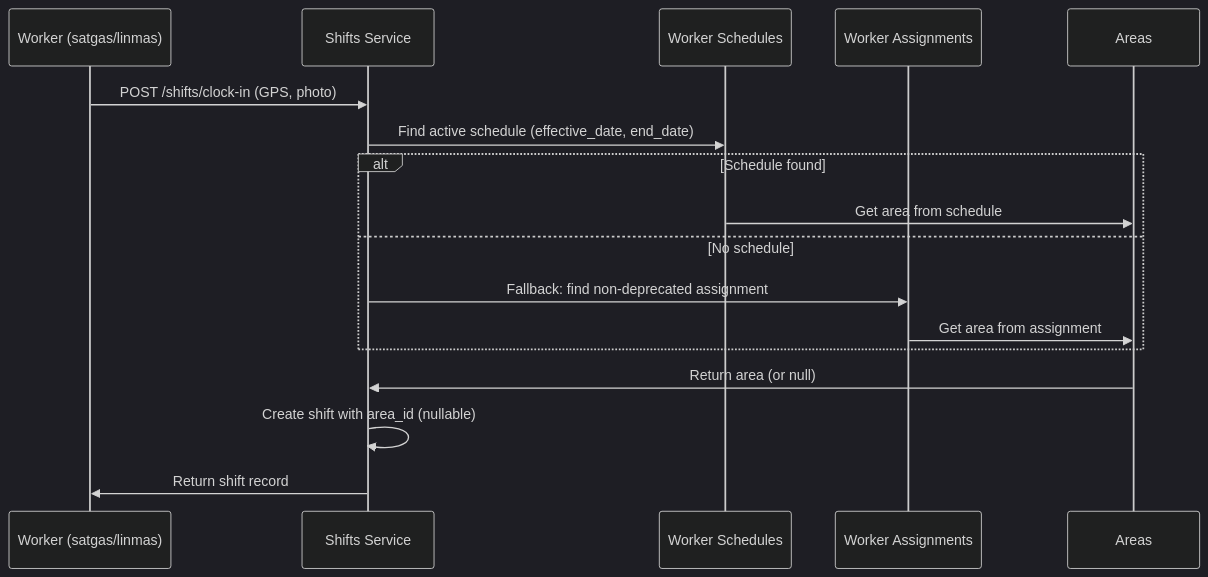
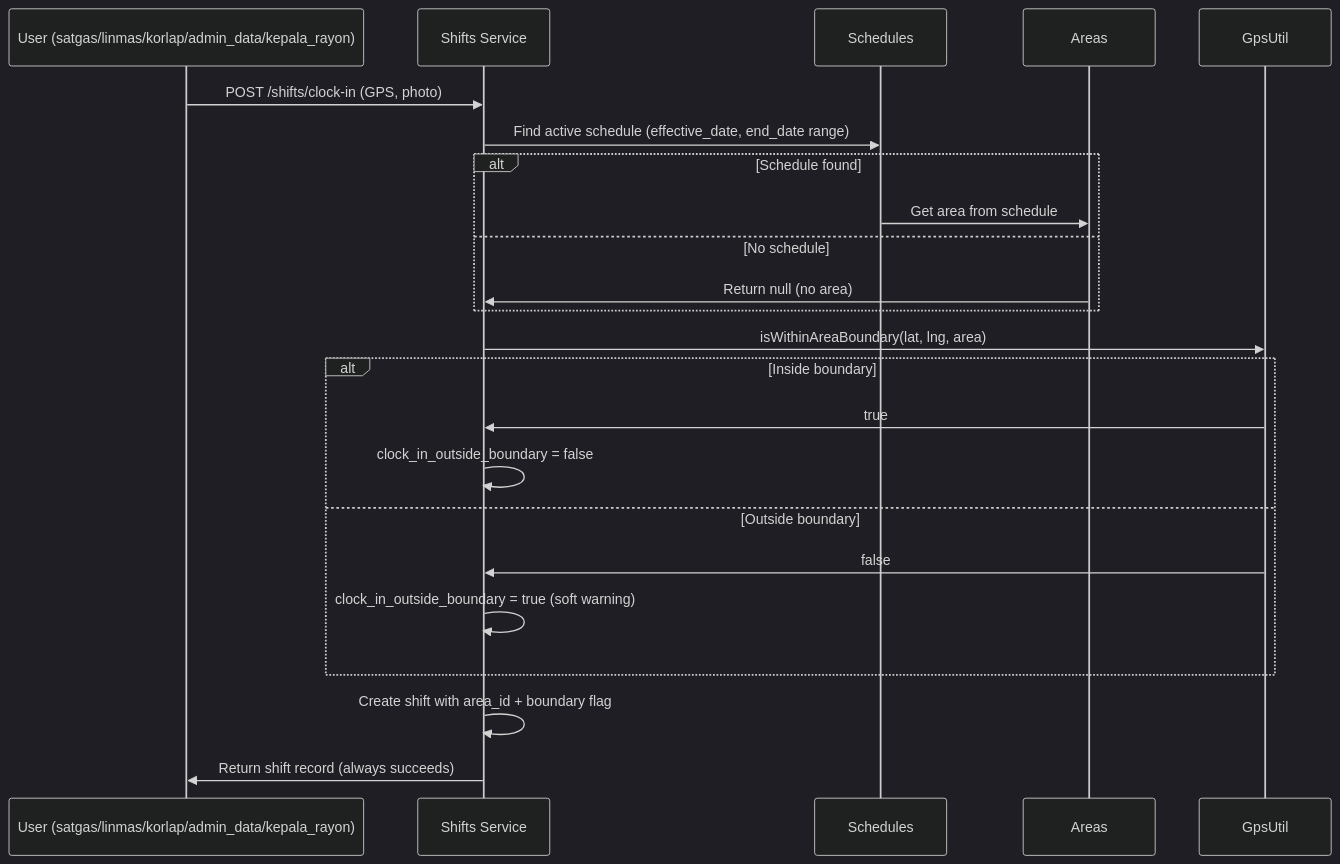
The seventh of 9 diagrams in specs/database/erd.md (dlhsby/sekar), drawn with Mermaid (dark theme) before and after one commit. The commit also changed other lines of this file and 417 other files, not shown here.

````diff
--- a/specs/database/erd.md
+++ b/specs/database/erd.md
@@ -534,20 +516,26 @@
 ```mermaid
 sequenceDiagram
-    participant W as Worker (satgas/linmas)
+    participant U as User (satgas/linmas/korlap/admin_data/kepala_rayon)
     participant S as Shifts Service
-    participant WS as Worker Schedules
-    participant WA as Worker Assignments
+    participant SC as Schedules
     participant A as Areas
+    participant G as GpsUtil
 
-    W->>S: POST /shifts/clock-in (GPS, photo)
-    S->>WS: Find active schedule (effective_date, end_date)
+    U->>S: POST /shifts/clock-in (GPS, photo)
+    S->>SC: Find active schedule (effective_date, end_date range)
     alt Schedule found
-        WS->>A: Get area from schedule
+        SC->>A: Get area from schedule
     else No schedule
-        S->>WA: Fallback: find non-deprecated assignment
-        WA->>A: Get area from assignment
+        A->>S: Return null (no area)
     end
-    A->>S: Return area (or null)
-    S->>S: Create shift with area_id (nullable)
-    S->>W: Return shift record
+    S->>G: isWithinAreaBoundary(lat, lng, area)
+    alt Inside boundary
+        G->>S: true
+        S->>S: clock_in_outside_boundary = false
+    else Outside boundary
+        G->>S: false
+        S->>S: clock_in_outside_boundary = true (soft warning)
+    end
+    S->>S: Create shift with area_id + boundary flag
+    S->>U: Return shift record (always succeeds)
 ```
````
